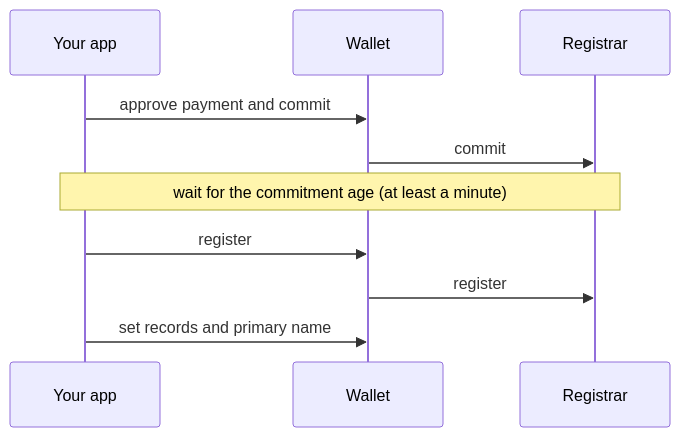
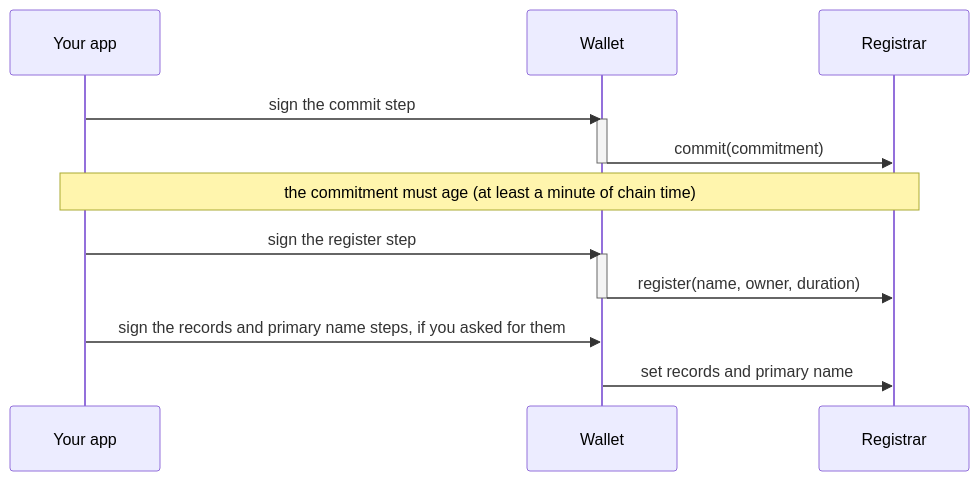
One commit to thenamespace/ensforge changed the diagram in apps/docs/content/docs/sdk/(manage)/register-a-name.mdx. Above: the diagram before and after it, drawn with Mermaid. The commit also changed other lines of this file and 60 other files, not shown here.

Commit message:
docs(sdk): tighten descriptions, fix examples, diagrams and names for 1.0.1

````diff
--- a/apps/docs/content/docs/sdk/(manage)/register-a-name.mdx
+++ b/apps/docs/content/docs/sdk/(manage)/register-a-name.mdx
@@ -21,12 +23,17 @@
 ```mermaid
 sequenceDiagram
-  participant You as Your app
+  participant App as Your app
   participant W as Wallet
   participant R as Registrar
-  You->>W: approve payment and commit
-  W->>R: commit
-  Note over You,R: wait for the commitment age (at least a minute)
-  You->>W: register
-  W->>R: register
-  You->>W: set records and primary name
+  App->>W: sign the commit step
+  activate W
+  W->>R: commit(commitment)
+  deactivate W
+  Note over App,R: the commitment must age (at least a minute of chain time)
+  App->>W: sign the register step
+  activate W
+  W->>R: register(name, owner, duration)
+  deactivate W
+  App->>W: sign the records and primary name steps, if you asked for them
+  W->>R: set records and primary name
 ```
````
